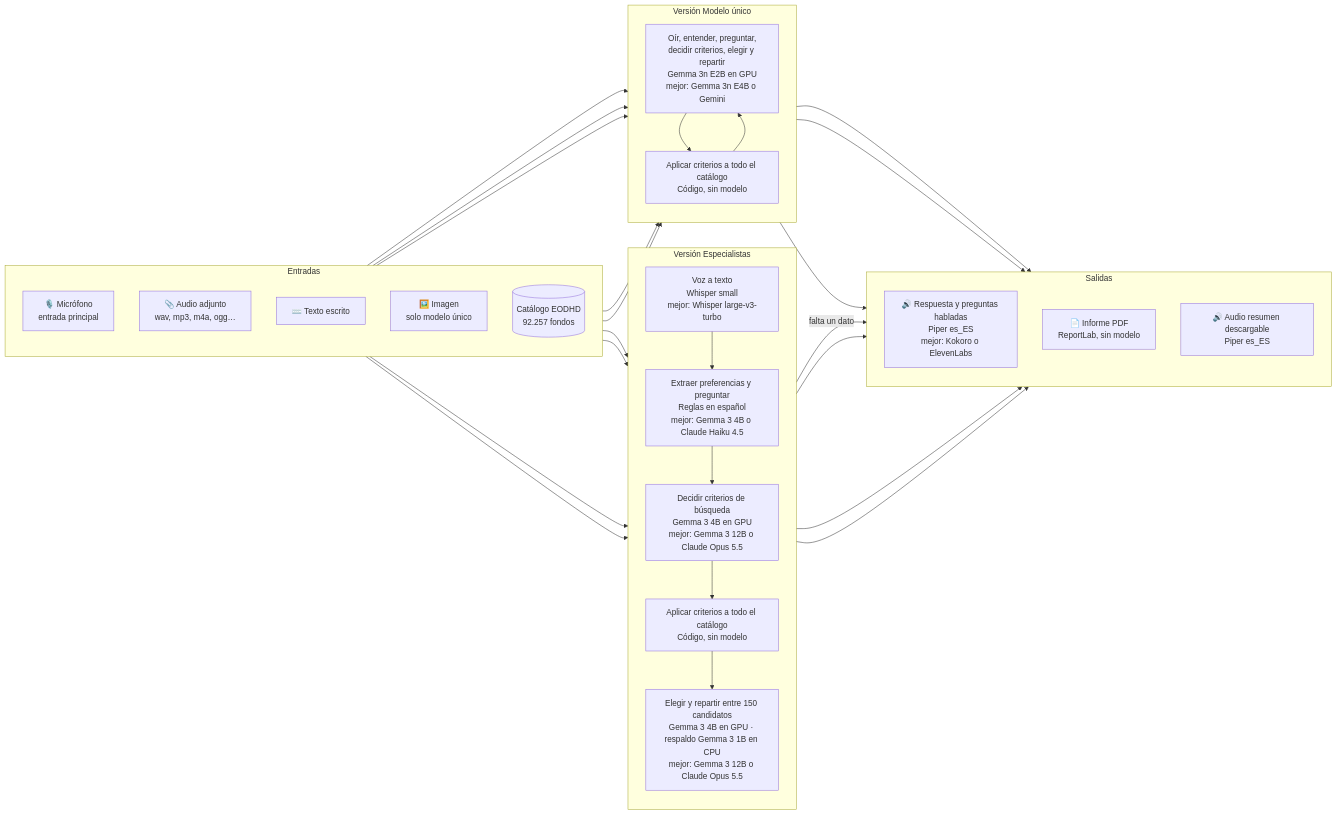
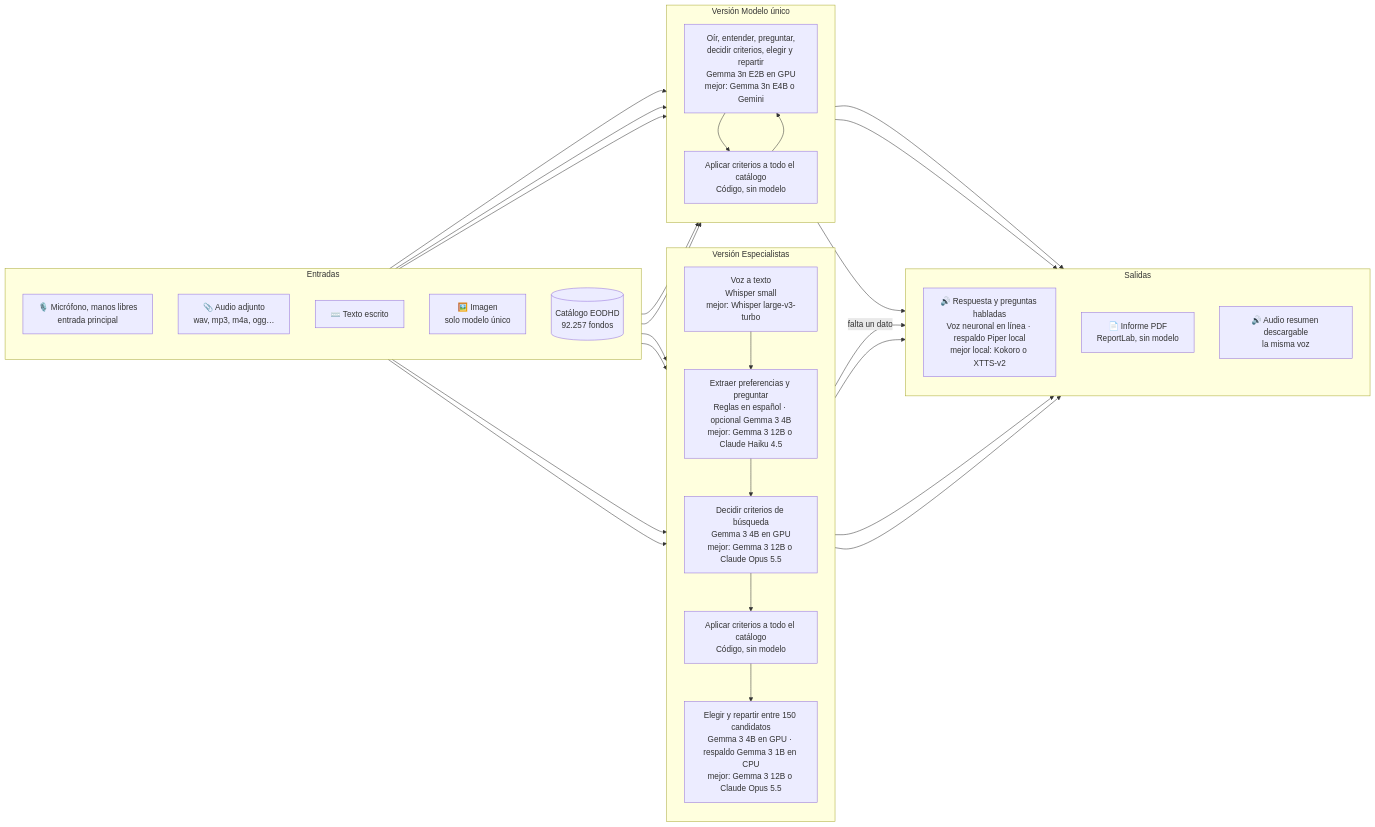
Before and after one commit to NataliaSJO/Taller_B5_T4_Multimodales: the first of 2 diagrams in README.md, drawn with Mermaid. The commit also changed other lines of this file and 16 other files, not shown here.

First line of the commit message:
Manos libres, voz neuronal y extracción opcional con Gemma 3

````diff
--- a/README.md
+++ b/README.md
@@ -51,52 +72,52 @@
 ```mermaid
 flowchart LR
     subgraph IN[Entradas]
         direction TB
-        I1[🎙️ Micrófono<br/>entrada principal]
+        I1[🎙️ Micrófono, manos libres<br/>entrada principal]
         I2[📎 Audio adjunto<br/>wav, mp3, m4a, ogg…]
         I3[⌨️ Texto escrito]
         I4[🖼️ Imagen<br/>solo modelo único]
         I5[(Catálogo EODHD<br/>92.257 fondos)]
     end
 
     subgraph ESP[Versión Especialistas]
         direction TB
         E1[Voz a texto<br/>Whisper small<br/>mejor: Whisper large-v3-turbo]
-        E2[Extraer preferencias y preguntar<br/>Reglas en español<br/>mejor: Gemma 3 4B o Claude Haiku 4.5]
+        E2[Extraer preferencias y preguntar<br/>Reglas en español · opcional Gemma 3 4B<br/>mejor: Gemma 3 12B o Claude Haiku 4.5]
         E3[Decidir criterios de búsqueda<br/>Gemma 3 4B en GPU<br/>mejor: Gemma 3 12B o Claude Opus 5.5]
         E4[Aplicar criterios a todo el catálogo<br/>Código, sin modelo]
         E5[Elegir y repartir entre 150 candidatos<br/>Gemma 3 4B en GPU · respaldo Gemma 3 1B en CPU<br/>mejor: Gemma 3 12B o Claude Opus 5.5]
         E1 --> E2 --> E3 --> E4 --> E5
     end
 
     subgraph UNI[Versión Modelo único]
         direction TB
         U1[Oír, entender, preguntar,<br/>decidir criterios, elegir y repartir<br/>Gemma 3n E2B en GPU<br/>mejor: Gemma 3n E4B o Gemini]
         U2[Aplicar criterios a todo el catálogo<br/>Código, sin modelo]
         U1 --> U2 --> U1
     end
 
     subgraph OUT[Salidas]
         direction TB
-        O1[🔊 Respuesta y preguntas habladas<br/>Piper es_ES<br/>mejor: Kokoro o ElevenLabs]
+        O1[🔊 Respuesta y preguntas habladas<br/>Voz neuronal en línea · respaldo Piper local<br/>mejor local: Kokoro o XTTS-v2]
         O2[📄 Informe PDF<br/>ReportLab, sin modelo]
-        O3[🔊 Audio resumen descargable<br/>Piper es_ES]
+        O3[🔊 Audio resumen descargable<br/>la misma voz]
     end
 
     I1 --> E1
     I2 --> E1
     I3 --> E2
     I5 --> E4
     I1 --> U1
     I2 --> U1
     I3 --> U1
     I4 --> U1
     I5 --> U2
     E2 -- falta un dato --> O1
     E5 --> O1
     E5 --> O2
     E5 --> O3
     U1 --> O1
     U1 --> O2
     U1 --> O3
 ```
````
